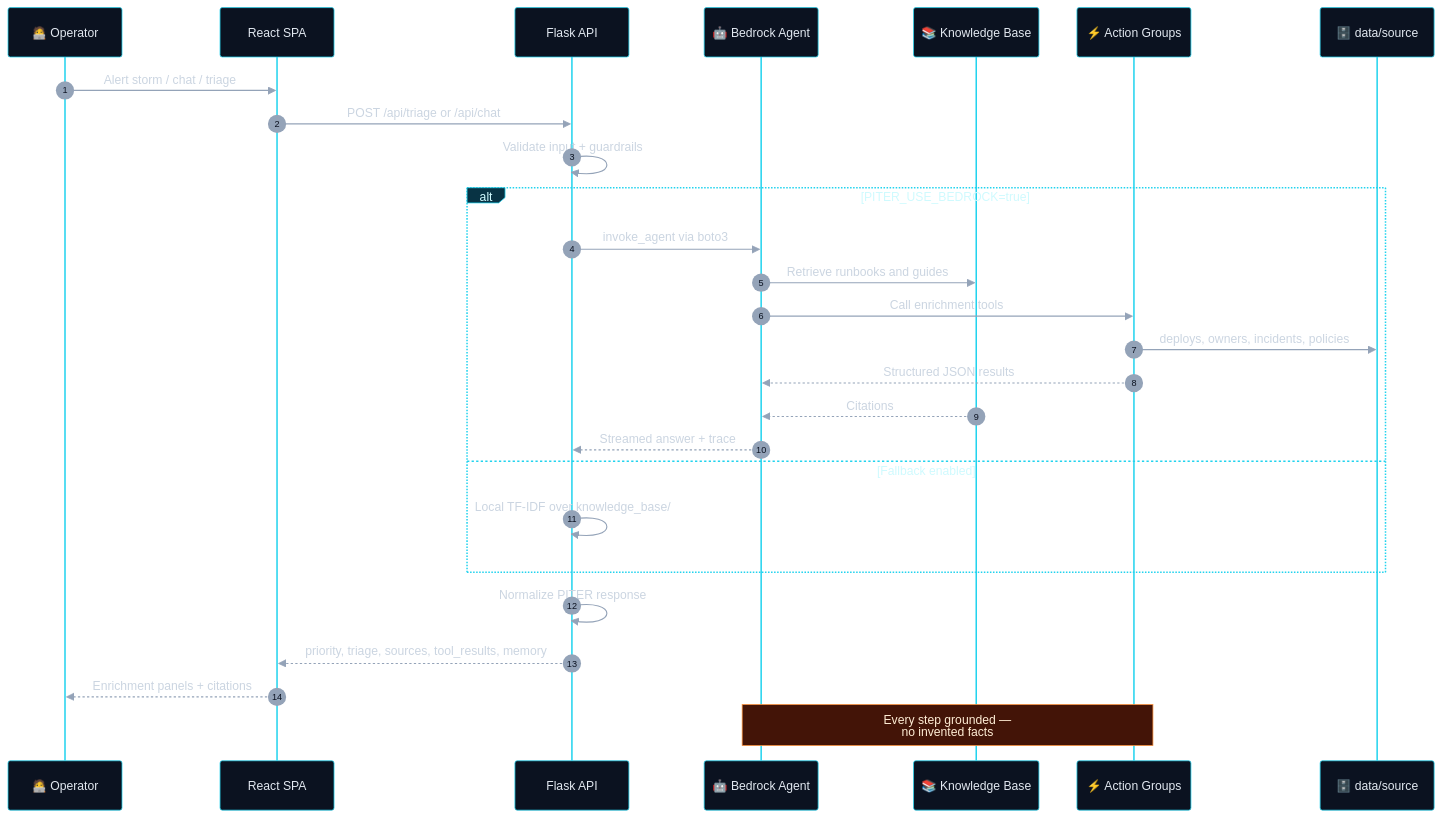
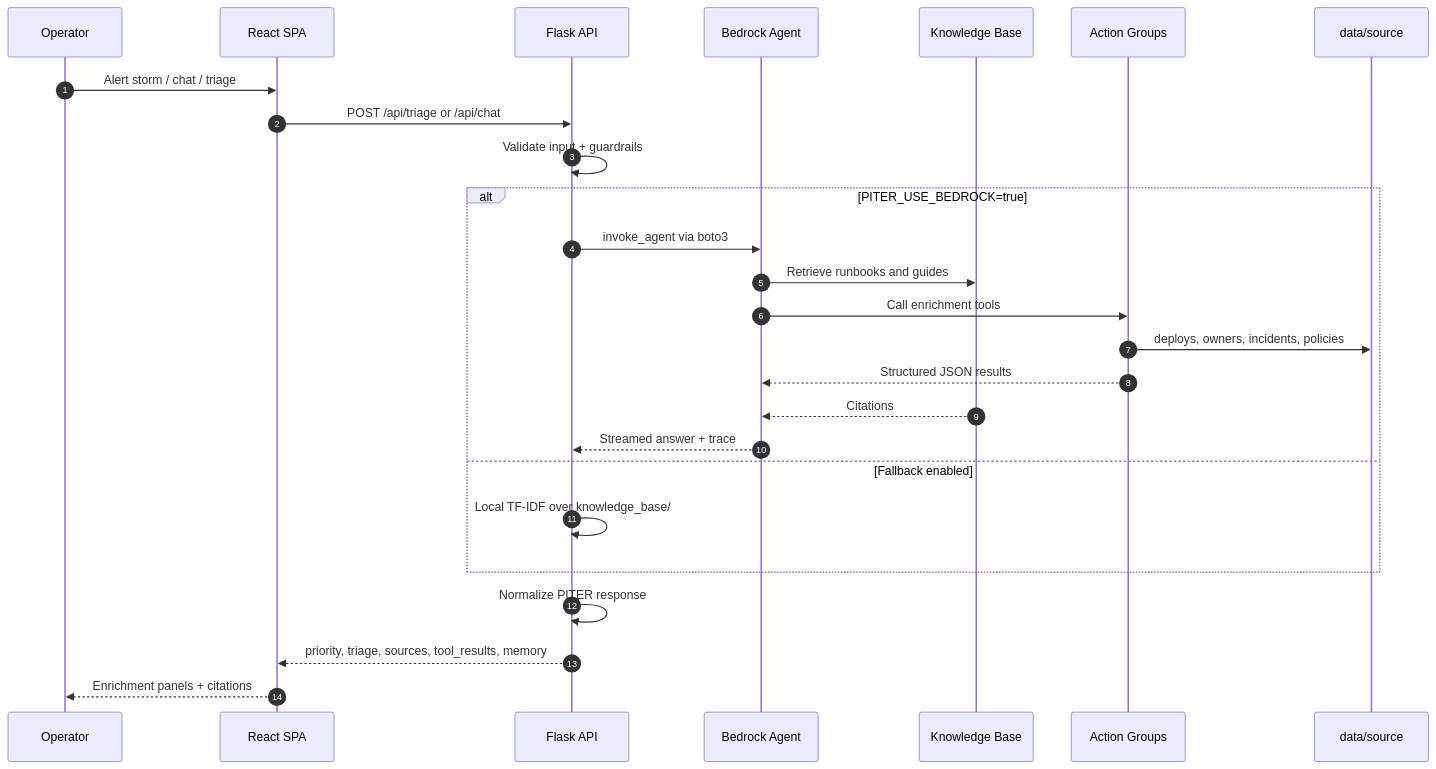
One commit to reem-mor/ai-engineering-portfolio changed the second of 5 diagrams in projects/piter-aiops/README.md. Above: the diagram before and after it, drawn with Mermaid. The commit also changed other lines of this file and 1 other file, not shown here.

````diff
--- a/projects/piter-aiops/README.md
+++ b/projects/piter-aiops/README.md
@@ -268,31 +186,29 @@
 ```mermaid
-%%{init: {'theme':'base','themeVariables':{'primaryColor':'#1e1b4b','primaryTextColor':'#ede9fe','primaryBorderColor':'#8b5cf6','actorBkg':'#0b1220','actorBorder':'#22d3ee','actorTextColor':'#e2e8f0','signalColor':'#94a3b8','signalTextColor':'#cbd5e1','sequenceNumberColor':'#0b1220','labelBoxBkgColor':'#083344','labelBoxBorderColor':'#22d3ee','labelTextColor':'#cffafe','loopTextColor':'#cffafe','noteBkgColor':'#431407','noteBorderColor':'#fb923c','noteTextColor':'#ffedd5'}}}%%
 sequenceDiagram
   autonumber
-  participant Op as 🧑‍💻 Operator
+  participant Op as Operator
   participant UI as React SPA
   participant API as Flask API
-  participant BR as 🤖 Bedrock Agent
-  participant KB as 📚 Knowledge Base
-  participant AG as ⚡ Action Groups
-  participant Data as 🗄️ data/source
+  participant BR as Bedrock Agent
+  participant KB as Knowledge Base
+  participant AG as Action Groups
+  participant Data as data/source
 
   Op->>UI: Alert storm / chat / triage
   UI->>API: POST /api/triage or /api/chat
   API->>API: Validate input + guardrails
   alt PITER_USE_BEDROCK=true
     API->>BR: invoke_agent via boto3
     BR->>KB: Retrieve runbooks and guides
     BR->>AG: Call enrichment tools
     AG->>Data: deploys, owners, incidents, policies
     AG-->>BR: Structured JSON results
     KB-->>BR: Citations
     BR-->>API: Streamed answer + trace
   else Fallback enabled
     API->>API: Local TF-IDF over knowledge_base/
   end
   API->>API: Normalize PITER response
   API-->>UI: priority, triage, sources, tool_results, memory
   UI-->>Op: Enrichment panels + citations
-  Note over BR,AG: Every step grounded —<br/>no invented facts
 ```
````
